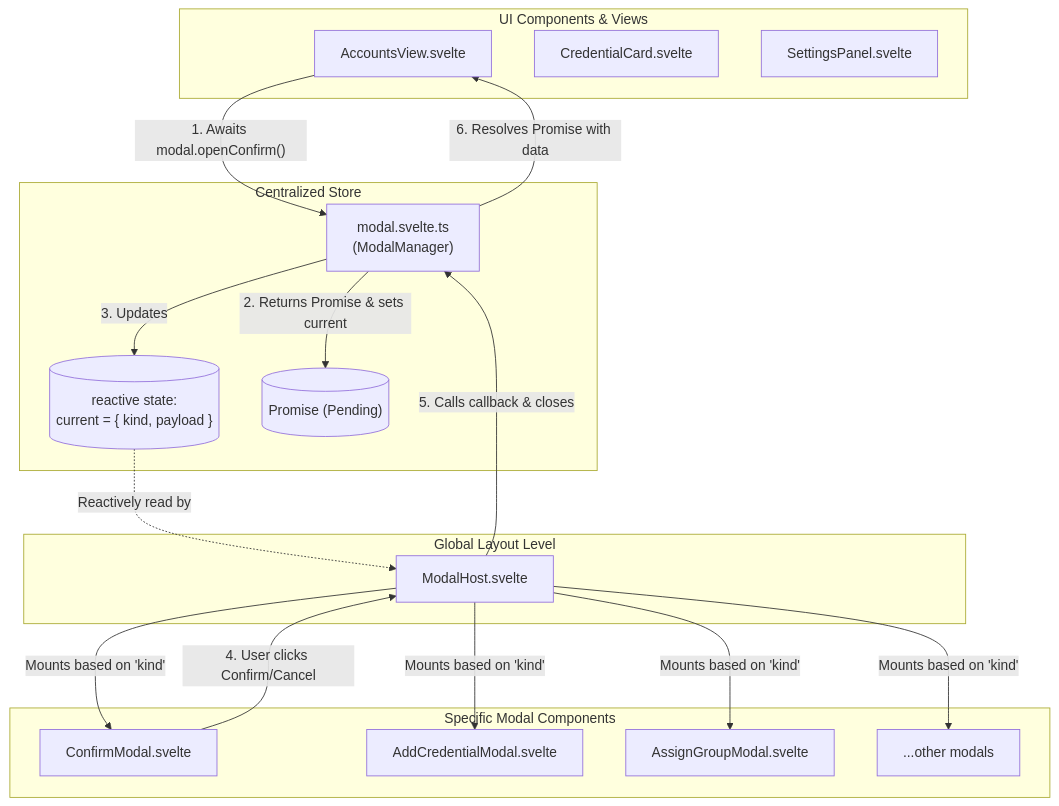
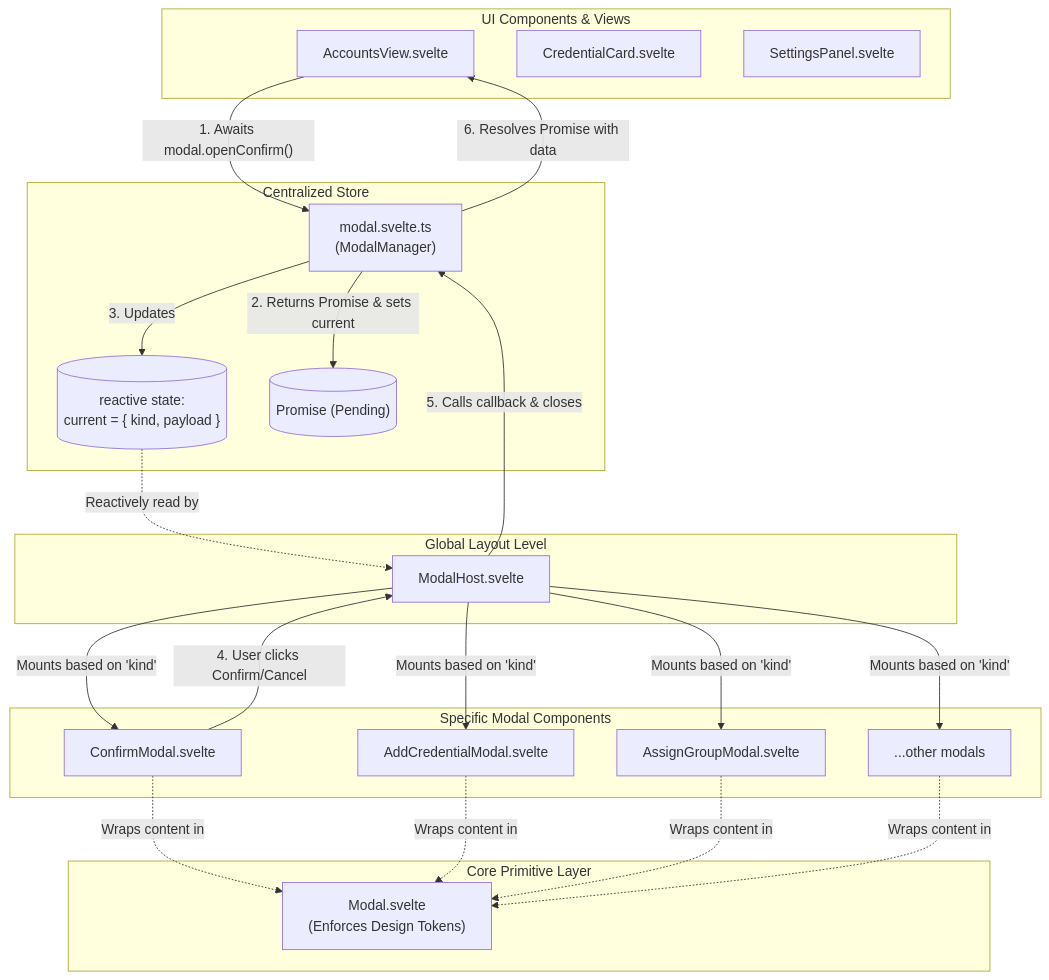
The diagram in docs/modal/modal_architecture.md (aaronlomas/boveda), drawn with Mermaid before and after one commit. The commit also changed other lines of this file and 104 other files, not shown here.

````diff
--- a/docs/modal/modal_architecture.md
+++ b/docs/modal/modal_architecture.md
@@ -9,42 +9,51 @@
 ```mermaid
 flowchart TD
     %% Define Nodes
     subgraph Caller["UI Components & Views"]
         C1[AccountsView.svelte]
         C2[CredentialCard.svelte]
         C3[SettingsPanel.svelte]
     end
 
     subgraph Store["Centralized Store"]
         SM["modal.svelte.ts\n(ModalManager)"]
         SM_State[("reactive state:\ncurrent = { kind, payload }")]
         Promo[("Promise (Pending)")]
     end
 
     subgraph Host["Global Layout Level"]
         MH["ModalHost.svelte"]
     end
 
     subgraph Modals["Specific Modal Components"]
         M1["ConfirmModal.svelte"]
         M2["AddCredentialModal.svelte"]
         M3["AssignGroupModal.svelte"]
         M_Other["...other modals"]
     end
 
+    subgraph Primitive["Core Primitive Layer"]
+        MP["Modal.svelte\n(Enforces Design Tokens)"]
+    end
+
     %% Define Connections
     C1 -- "1. Awaits modal.openConfirm()" --> SM
     SM -- "2. Returns Promise & sets current" --> Promo
     SM -- "3. Updates" --> SM_State
     
     SM_State -. "Reactively read by" .-> MH
     
     MH -- "Mounts based on 'kind'" --> M1
     MH -- "Mounts based on 'kind'" --> M2
     MH -- "Mounts based on 'kind'" --> M3
     MH -- "Mounts based on 'kind'" --> M_Other
     
+    M1 -. "Wraps content in" .-> MP
+    M2 -. "Wraps content in" .-> MP
+    M3 -. "Wraps content in" .-> MP
+    M_Other -. "Wraps content in" .-> MP
+
     M1 -- "4. User clicks Confirm/Cancel" --> MH
     MH -- "5. Calls callback & closes" --> SM
     SM -- "6. Resolves Promise with data" --> C1
 ```
````
